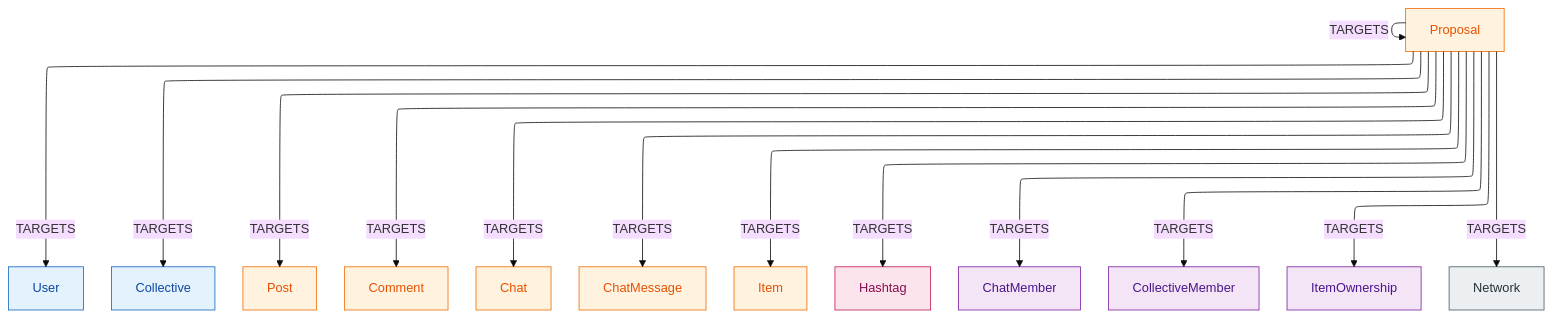
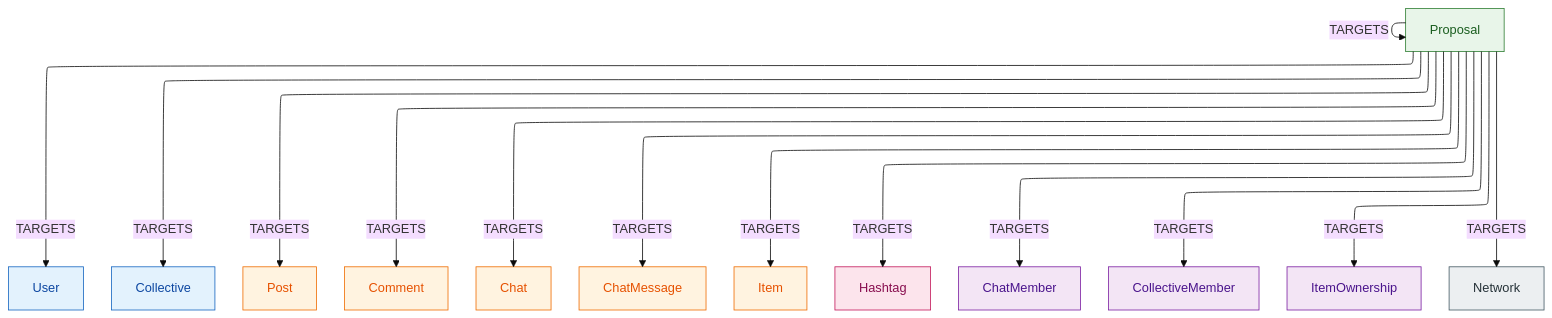
The fourth of 7 diagrams in docs/primitive/structural-edge-map.md (helping-kaiser/cogra), drawn with Mermaid (base theme) before and after one commit. The commit also changed other lines of this file and 6 other files, not shown here.

````diff
--- a/docs/primitive/structural-edge-map.md
+++ b/docs/primitive/structural-edge-map.md
@@ -254,38 +255,39 @@
 ```mermaid
 %%{init: {"flowchart": {"defaultRenderer": "elk"}} }%%
 flowchart TD
-    Proposal[Proposal]:::content
+    Proposal[Proposal]:::carrier
 
     User[User]:::actor
     Collective[Collective]:::actor
     Post[Post]:::content
     Comment[Comment]:::content
     Chat[Chat]:::content
     ChatMessage[ChatMessage]:::content
     Item[Item]:::content
     Hashtag[Hashtag]:::topic
     ChatMember[ChatMember]:::junction
     CollectiveMember[CollectiveMember]:::junction
     ItemOwnership[ItemOwnership]:::junction
     Network[Network]:::system
 
     Proposal -->|TARGETS| User
     Proposal -->|TARGETS| Collective
     Proposal -->|TARGETS| Post
     Proposal -->|TARGETS| Comment
     Proposal -->|TARGETS| Chat
     Proposal -->|TARGETS| ChatMessage
     Proposal -->|TARGETS| Item
     Proposal -->|TARGETS| Hashtag
     Proposal -->|TARGETS| ChatMember
     Proposal -->|TARGETS| CollectiveMember
     Proposal -->|TARGETS| ItemOwnership
     Proposal -->|TARGETS| Network
     Proposal -->|TARGETS| Proposal
 
     classDef actor    fill:#e3f2fd,stroke:#1565c0,color:#0d47a1;
     classDef content  fill:#fff3e0,stroke:#ef6c00,color:#e65100;
     classDef junction fill:#f3e5f5,stroke:#7b1fa2,color:#4a148c;
     classDef system   fill:#eceff1,stroke:#455a64,color:#263238;
     classDef topic    fill:#fce4ec,stroke:#c2185b,color:#880e4f;
+    classDef carrier  fill:#e8f5e9,stroke:#2e7d32,color:#1b5e20;
 ```
````
